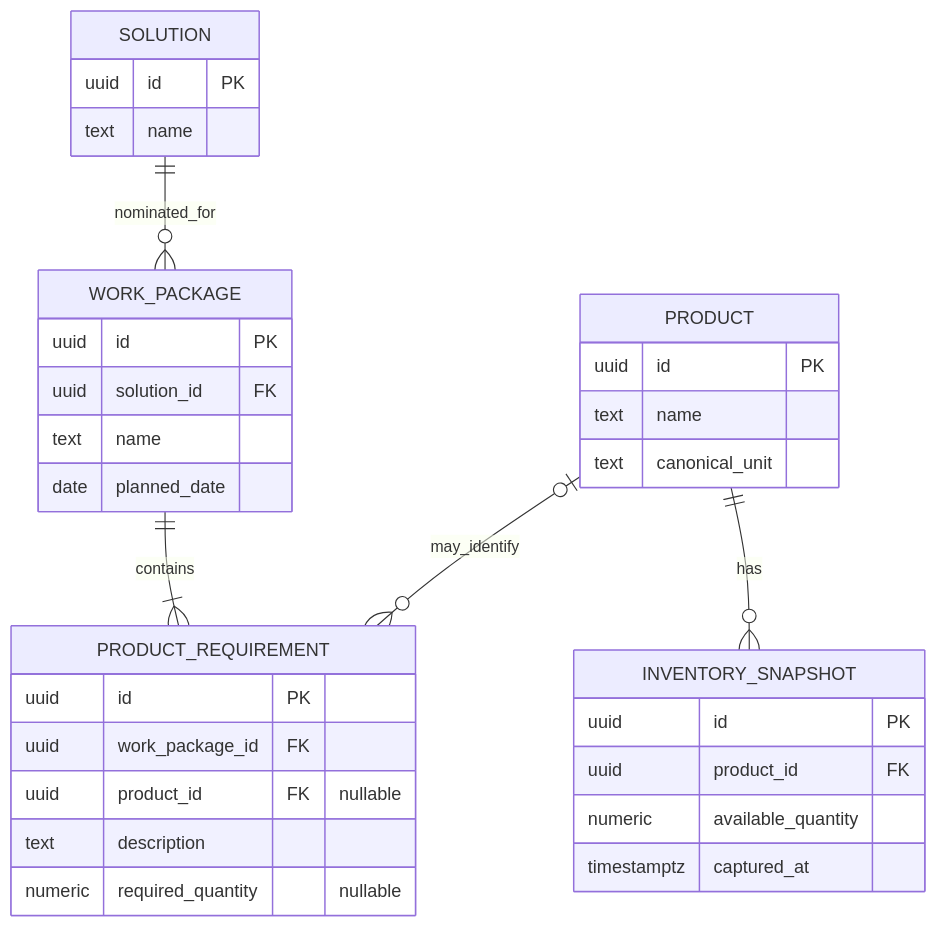
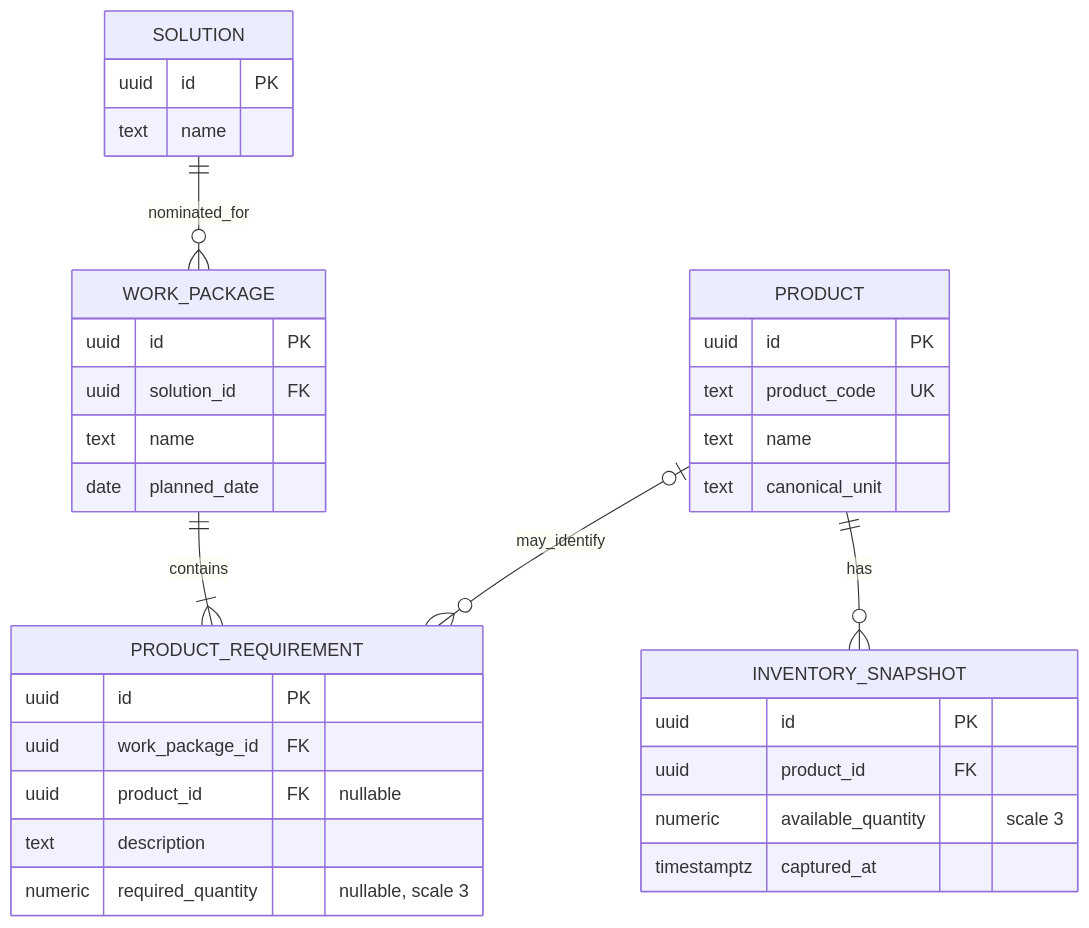
The fourth of 4 diagrams in docs/architecture/overview.md (jiqiang90/qantum-stock), drawn with Mermaid before and after one commit. The commit also changed other lines of this file and 16 other files, not shown here.

````diff
--- a/docs/architecture/overview.md
+++ b/docs/architecture/overview.md
@@ -104,36 +105,37 @@
 ```mermaid
 erDiagram
     SOLUTION ||--o{ WORK_PACKAGE : nominated_for
     WORK_PACKAGE ||--|{ PRODUCT_REQUIREMENT : contains
     PRODUCT o|--o{ PRODUCT_REQUIREMENT : may_identify
     PRODUCT ||--o{ INVENTORY_SNAPSHOT : has
 
     SOLUTION {
         uuid id PK
         text name
     }
     WORK_PACKAGE {
         uuid id PK
         uuid solution_id FK
         text name
         date planned_date
     }
     PRODUCT {
         uuid id PK
+        text product_code UK
         text name
         text canonical_unit
     }
     PRODUCT_REQUIREMENT {
         uuid id PK
         uuid work_package_id FK
         uuid product_id FK "nullable"
         text description
-        numeric required_quantity "nullable"
+        numeric required_quantity "nullable, scale 3"
     }
     INVENTORY_SNAPSHOT {
         uuid id PK
         uuid product_id FK
-        numeric available_quantity
+        numeric available_quantity "scale 3"
         timestamptz captured_at
     }
 ```
````
